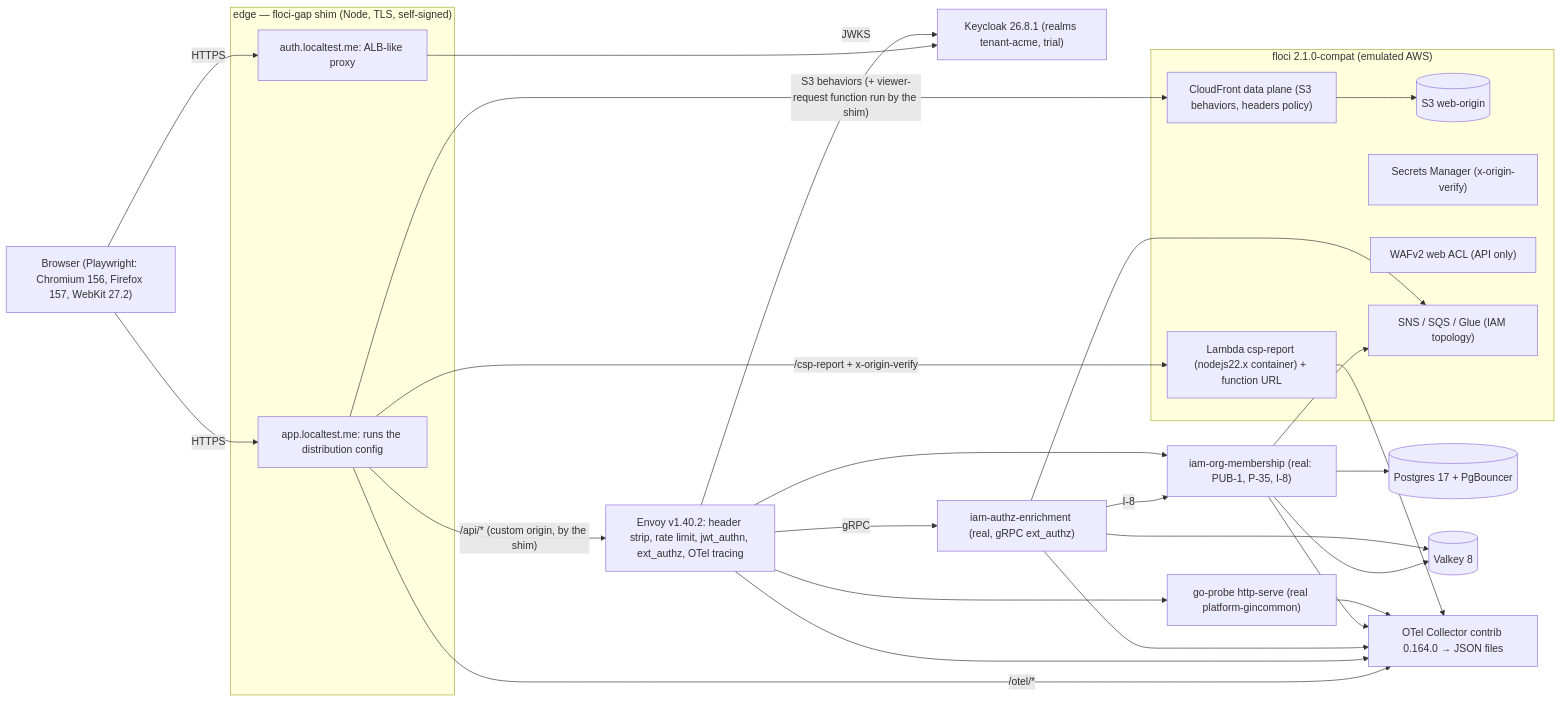
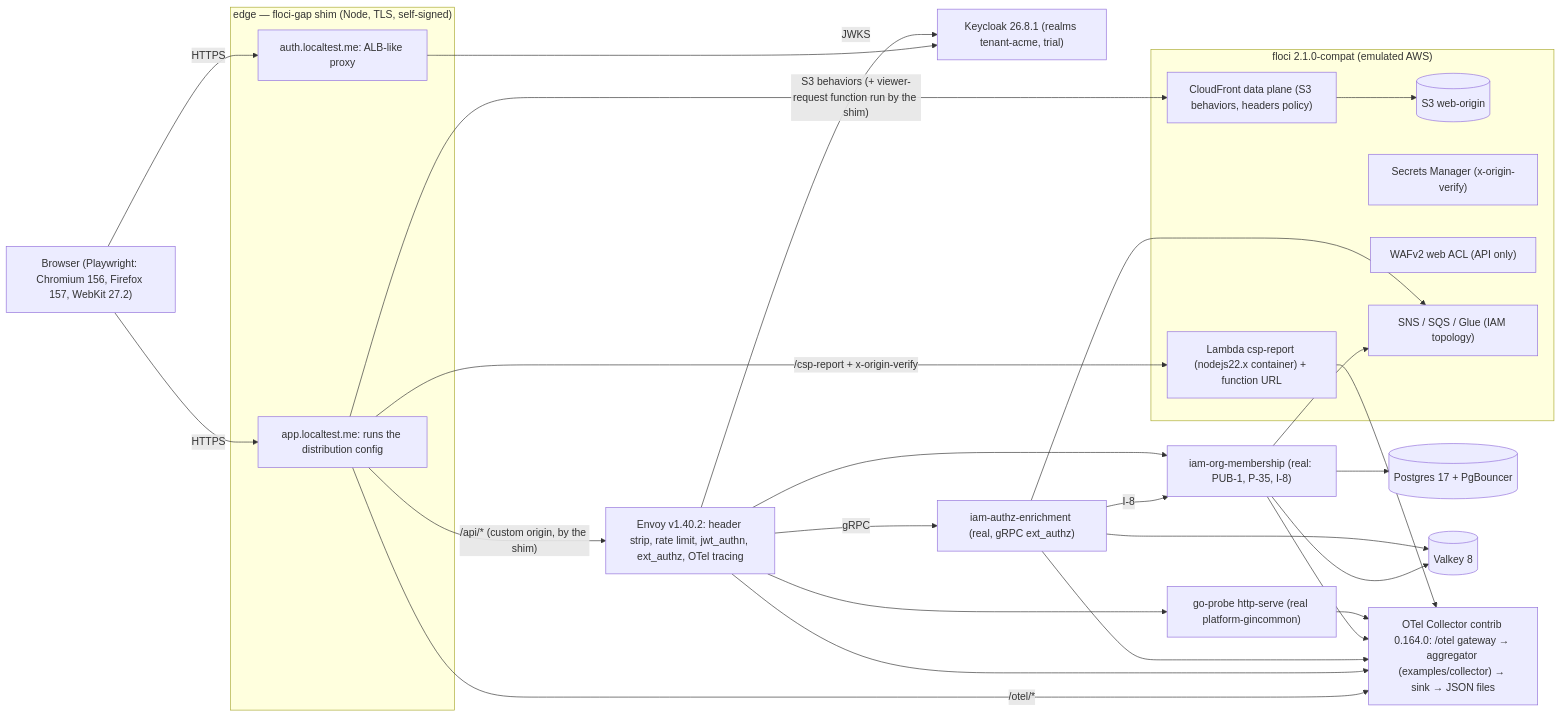
One commit to BCBP-SOLUTIONS-FZC-LLC/platform-reactcommon changed the diagram in docs/e2e/integrated-deployment-report.md. Above: the diagram before and after it, drawn with Mermaid. The commit also changed other lines of this file and 225 other files, not shown here.

````diff
--- a/docs/e2e/integrated-deployment-report.md
+++ b/docs/e2e/integrated-deployment-report.md
@@ -15,36 +15,36 @@
 ```mermaid
 flowchart LR
   B["Browser (Playwright: Chromium 156, Firefox 157, WebKit 27.2)"]
   subgraph EDGE["edge — floci-gap shim (Node, TLS, self-signed)"]
     E1["app.localtest.me: runs the distribution config"]
     E2["auth.localtest.me: ALB-like proxy"]
   end
   subgraph AWS["floci 2.1.0-compat (emulated AWS)"]
     CF["CloudFront data plane (S3 behaviors, headers policy)"]
     S3[(S3 web-origin)]
     L["Lambda csp-report (nodejs22.x container) + function URL"]
     SM["Secrets Manager (x-origin-verify)"]
     W["WAFv2 web ACL (API only)"]
     Q["SNS / SQS / Glue (IAM topology)"]
   end
   KC["Keycloak 26.8.1 (realms tenant-acme, trial)"]
   ENV["Envoy v1.40.2: header strip, rate limit, jwt_authn, ext_authz, OTel tracing"]
   AZ["iam-authz-enrichment (real, gRPC ext_authz)"]
   OM["iam-org-membership (real: PUB-1, P-35, I-8)"]
   GP["go-probe http-serve (real platform-gincommon)"]
   PG[(Postgres 17 + PgBouncer)]
   VK[(Valkey 8)]
-  OT["OTel Collector contrib 0.164.0 → JSON files"]
+  OT["OTel Collector contrib 0.164.0: /otel gateway → aggregator (examples/collector) → sink → JSON files"]
   B -->|HTTPS| E1 & E2
   E1 -->|"S3 behaviors (+ viewer-request function run by the shim)"| CF --> S3
   E1 -->|"/api/* (custom origin, by the shim)"| ENV
   E1 -->|"/otel/*"| OT
   E1 -->|"/csp-report + x-origin-verify"| L --> OT
   E2 --> KC
   ENV -->|JWKS| KC
   ENV -->|gRPC| AZ -->|I-8| OM
   ENV --> OM & GP
   OM --> PG & VK & Q
   AZ --> VK & Q
   ENV & AZ & OM & GP --> OT
 ```
````
